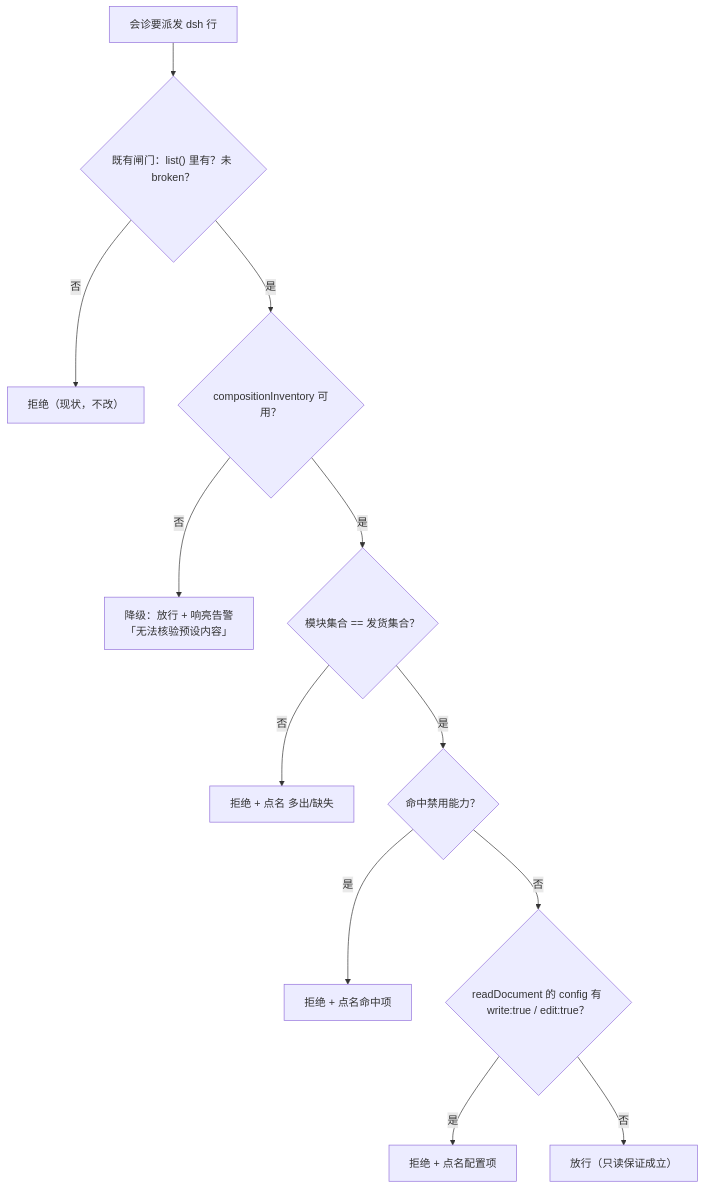
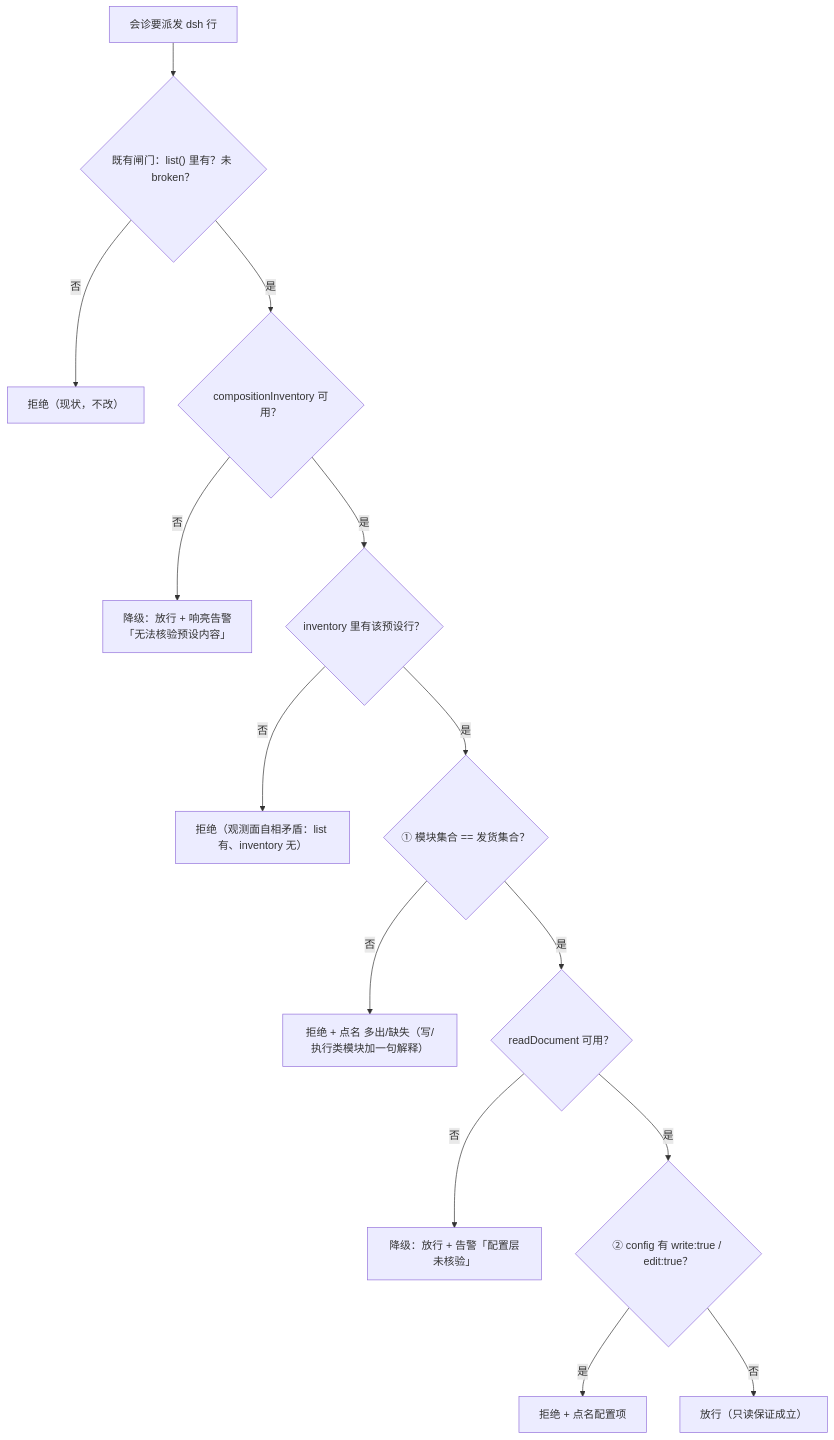
Before and after one commit to shenhuanageshei/dsh-thincoder-suite: the diagram in docs/2026-10-18-consult-preset-drift-design.md, drawn with Mermaid. The commit also changed other lines of this file, not shown here.

````diff
--- a/docs/2026-10-18-consult-preset-drift-design.md
+++ b/docs/2026-10-18-consult-preset-drift-design.md
@@ -111,14 +112,16 @@
 ```mermaid
 flowchart TD
   A["会诊要派发 dsh 行"] --> B{"既有闸门：list() 里有？未 broken？"}
   B -- 否 --> R1["拒绝（现状，不改）"]
   B -- 是 --> C{"compositionInventory 可用？"}
   C -- 否 --> G["降级：放行 + 响亮告警<br/>「无法核验预设内容」"]
-  C -- 是 --> D{"模块集合 == 发货集合？"}
-  D -- 否 --> R2["拒绝 + 点名 多出/缺失"]
-  D -- 是 --> E{"命中禁用能力？"}
-  E -- 是 --> R3["拒绝 + 点名命中项"]
-  E -- 否 --> F{"readDocument 的 config 有 write:true / edit:true？"}
-  F -- 是 --> R4["拒绝 + 点名配置项"]
-  F -- 否 --> P["放行（只读保证成立）"]
+  C -- 是 --> C2{"inventory 里有该预设行？"}
+  C2 -- 否 --> R0["拒绝（观测面自相矛盾：list 有、inventory 无）"]
+  C2 -- 是 --> D{"① 模块集合 == 发货集合？"}
+  D -- 否 --> R2["拒绝 + 点名 多出/缺失（写/执行类模块加一句解释）"]
+  D -- 是 --> F{"readDocument 可用？"}
+  F -- 否 --> G2["降级：放行 + 告警「配置层未核验」"]
+  F -- 是 --> F2{"② config 有 write:true / edit:true？"}
+  F2 -- 是 --> R4["拒绝 + 点名配置项"]
+  F2 -- 否 --> P["放行（只读保证成立）"]
 ```
````
